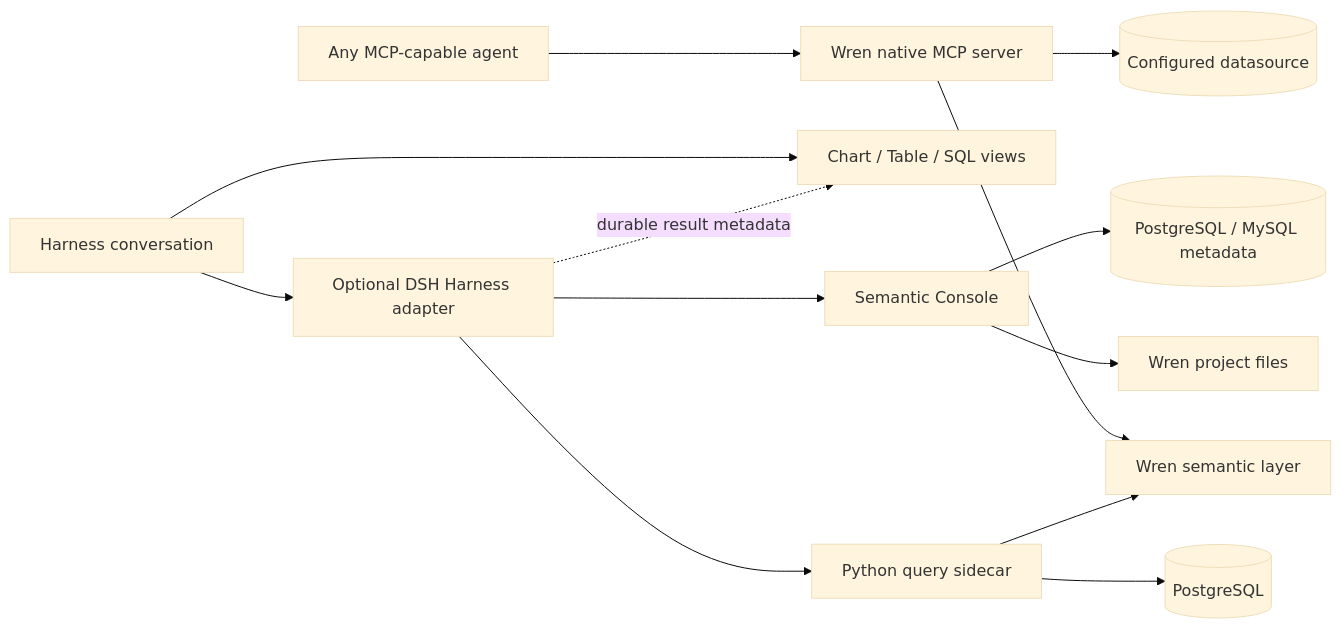
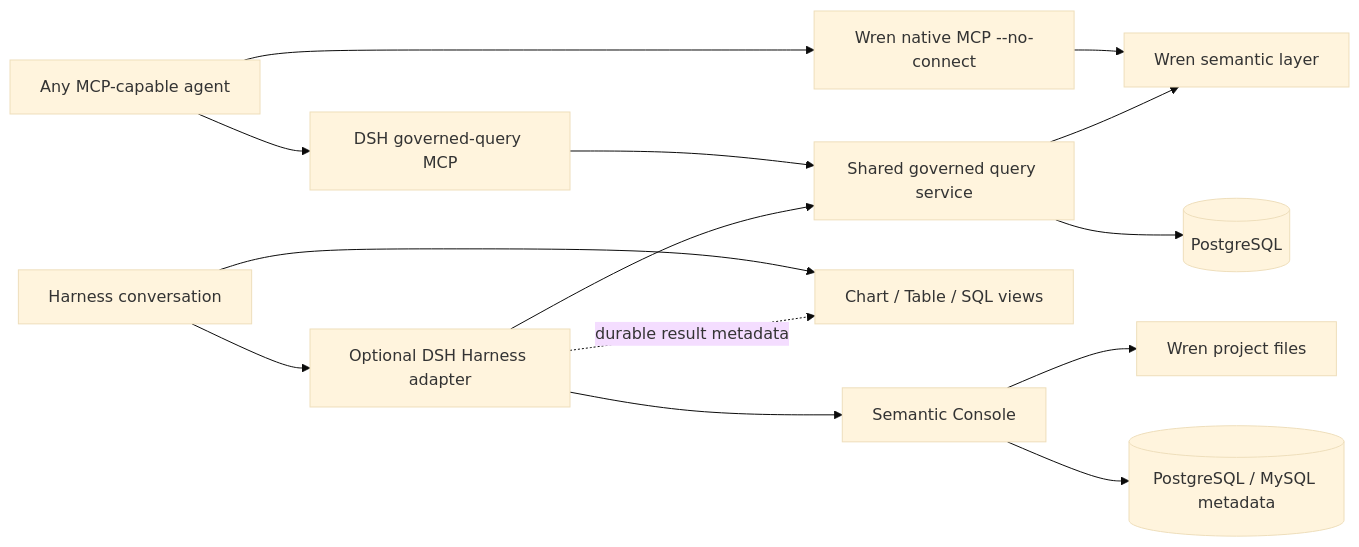
The diagram in README.md (hejielijob-commits/SemaRail), drawn with Mermaid (base theme) before and after one commit. The commit also changed other lines of this file and 14 other files, not shown here.

Commit message:
feat: add governed MCP query gateway

````diff
--- a/README.md
+++ b/README.md
@@ -46,16 +46,17 @@
 ```mermaid
 flowchart LR
-    A[Any MCP-capable agent] --> N[Wren native MCP server]
+    A[Any MCP-capable agent] --> N[Wren native MCP --no-connect]
+    A --> G[DSH governed-query MCP]
     N --> W[Wren semantic layer]
-    N --> DB[(Configured datasource)]
+    G --> Q[Shared governed query service]
+    Q --> W
+    Q --> P[(PostgreSQL)]
 
     U[Harness conversation] --> C[Chart / Table / SQL views]
     U --> H[Optional DSH Harness adapter]
-    H --> S[Python query sidecar]
-    S --> W
-    S --> P[(PostgreSQL)]
+    H --> Q
     H --> M[Semantic Console]
     M --> F[Wren project files]
     M --> D[(PostgreSQL / MySQL metadata)]
     H -. durable result metadata .-> C
 ```
````
